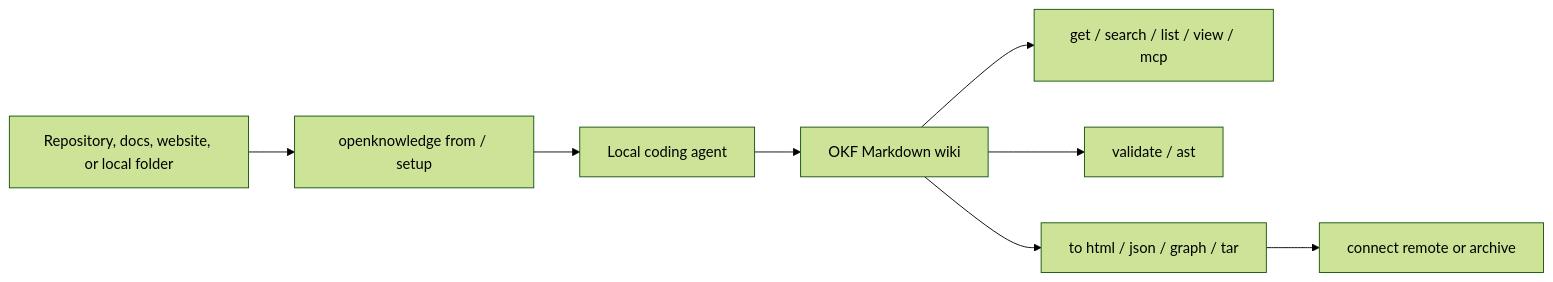
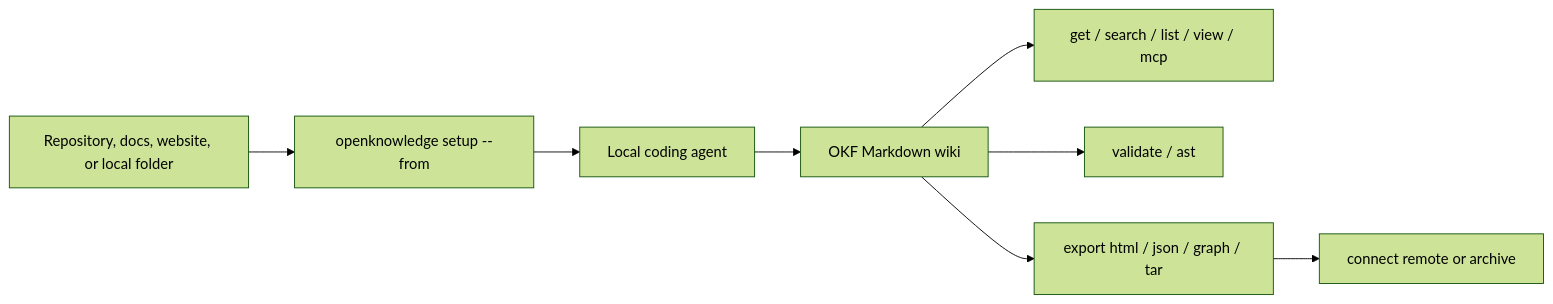
One commit to openknowledge-sh/openknowledge changed the diagram in README.md. Above: the diagram before and after it, drawn with Mermaid (forest theme). The commit also changed other lines of this file and 69 other files, not shown here.

````diff
--- a/README.md
+++ b/README.md
@@ -81,10 +81,10 @@
 ```mermaid
 flowchart LR
-  Source["Repository, docs, website, or local folder"] --> Prompt["openknowledge from / setup"]
-  Prompt --> Agent["Local coding agent"]
+  Source["Repository, docs, website, or local folder"] --> Setup["openknowledge setup --from"]
+  Setup --> Agent["Local coding agent"]
   Agent --> Wiki["OKF Markdown wiki"]
   Wiki --> Use["get / search / list / view / mcp"]
   Wiki --> Check["validate / ast"]
-  Wiki --> Publish["to html / json / graph / tar"]
+  Wiki --> Publish["export html / json / graph / tar"]
   Publish --> Connect["connect remote or archive"]
 ```
````
